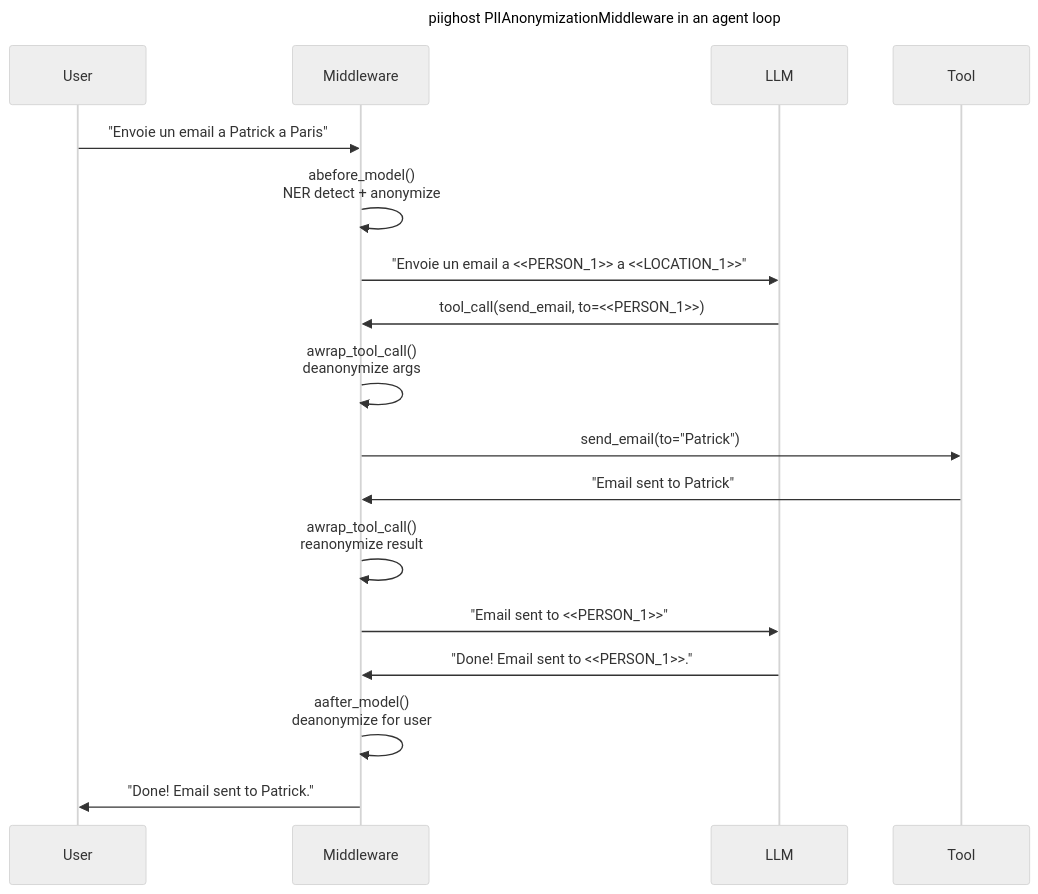
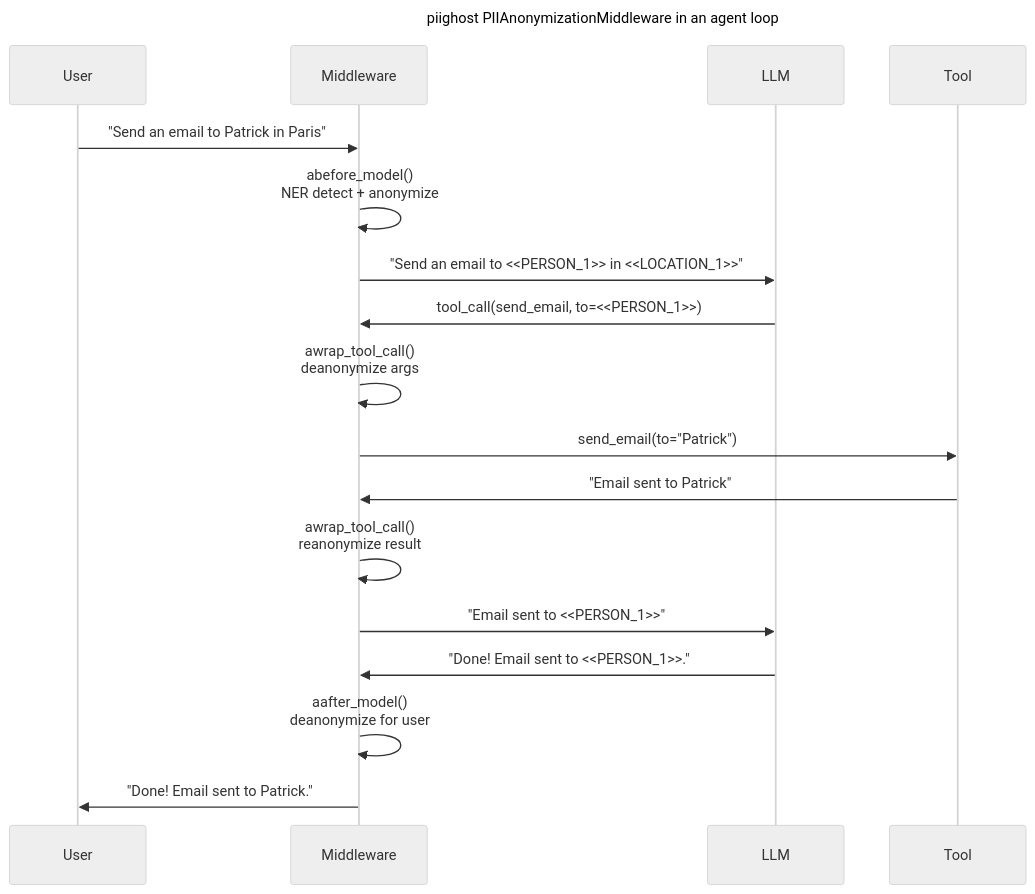
Before and after one commit to Athroniaeth/piighost: the second of 2 diagrams in README.md, drawn with Mermaid (neutral theme). The commit also changed other lines of this file and 24 other files, not shown here.

````diff
--- a/README.md
+++ b/README.md
@@ -197,23 +223,23 @@
 ```mermaid
 ---
 title: "piighost PIIAnonymizationMiddleware in an agent loop"
 ---
 sequenceDiagram
     participant U as User
     participant M as Middleware
     participant L as LLM
     participant T as Tool
 
-    U->>M: "Envoie un email a Patrick a Paris"
+    U->>M: "Send an email to Patrick in Paris"
     M->>M: abefore_model()<br/>NER detect + anonymize
-    M->>L: "Envoie un email a <<PERSON_1>> a <<LOCATION_1>>"
+    M->>L: "Send an email to <<PERSON_1>> in <<LOCATION_1>>"
     L->>M: tool_call(send_email, to=<<PERSON_1>>)
     M->>M: awrap_tool_call()<br/>deanonymize args
     M->>T: send_email(to="Patrick")
     T->>M: "Email sent to Patrick"
     M->>M: awrap_tool_call()<br/>reanonymize result
     M->>L: "Email sent to <<PERSON_1>>"
     L->>M: "Done! Email sent to <<PERSON_1>>."
     M->>M: aafter_model()<br/>deanonymize for user
     M->>U: "Done! Email sent to Patrick."
 ```
````
